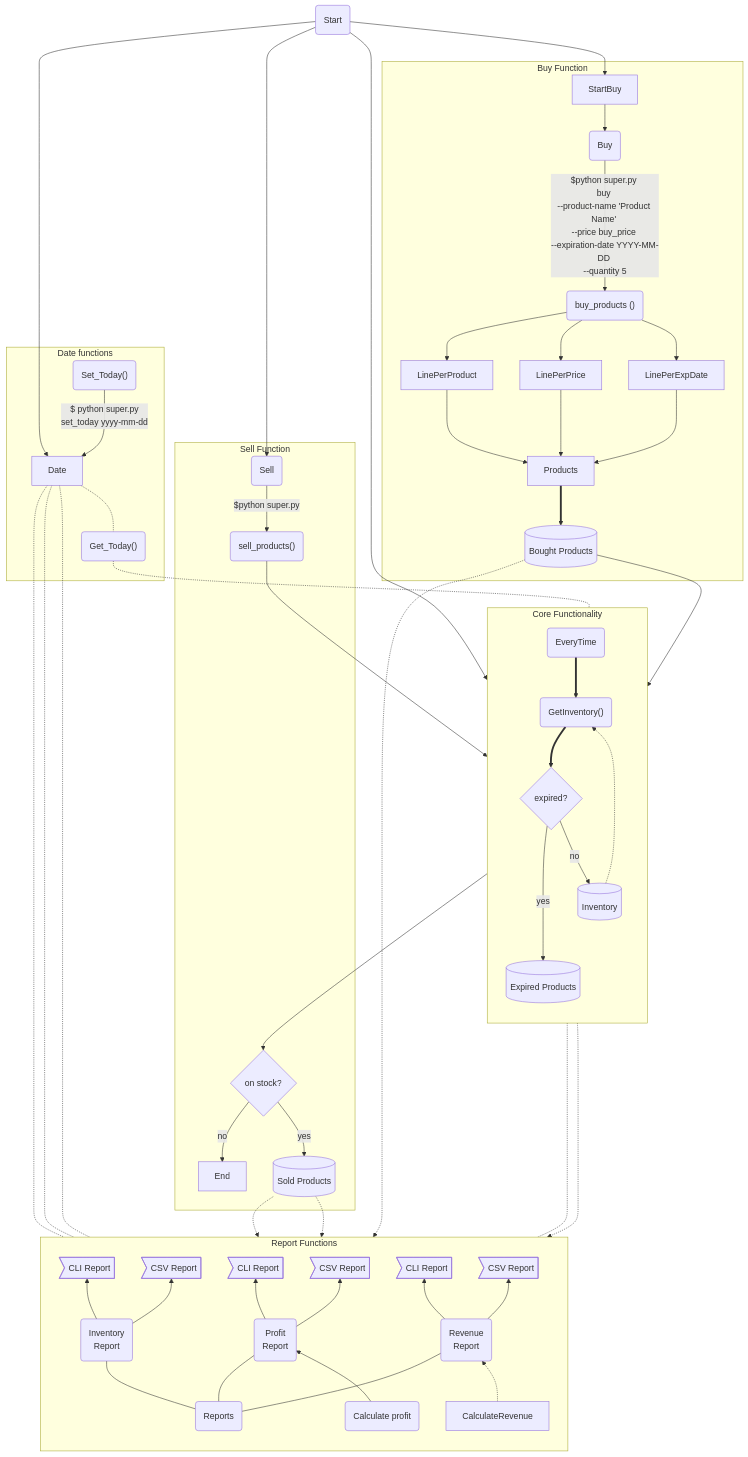
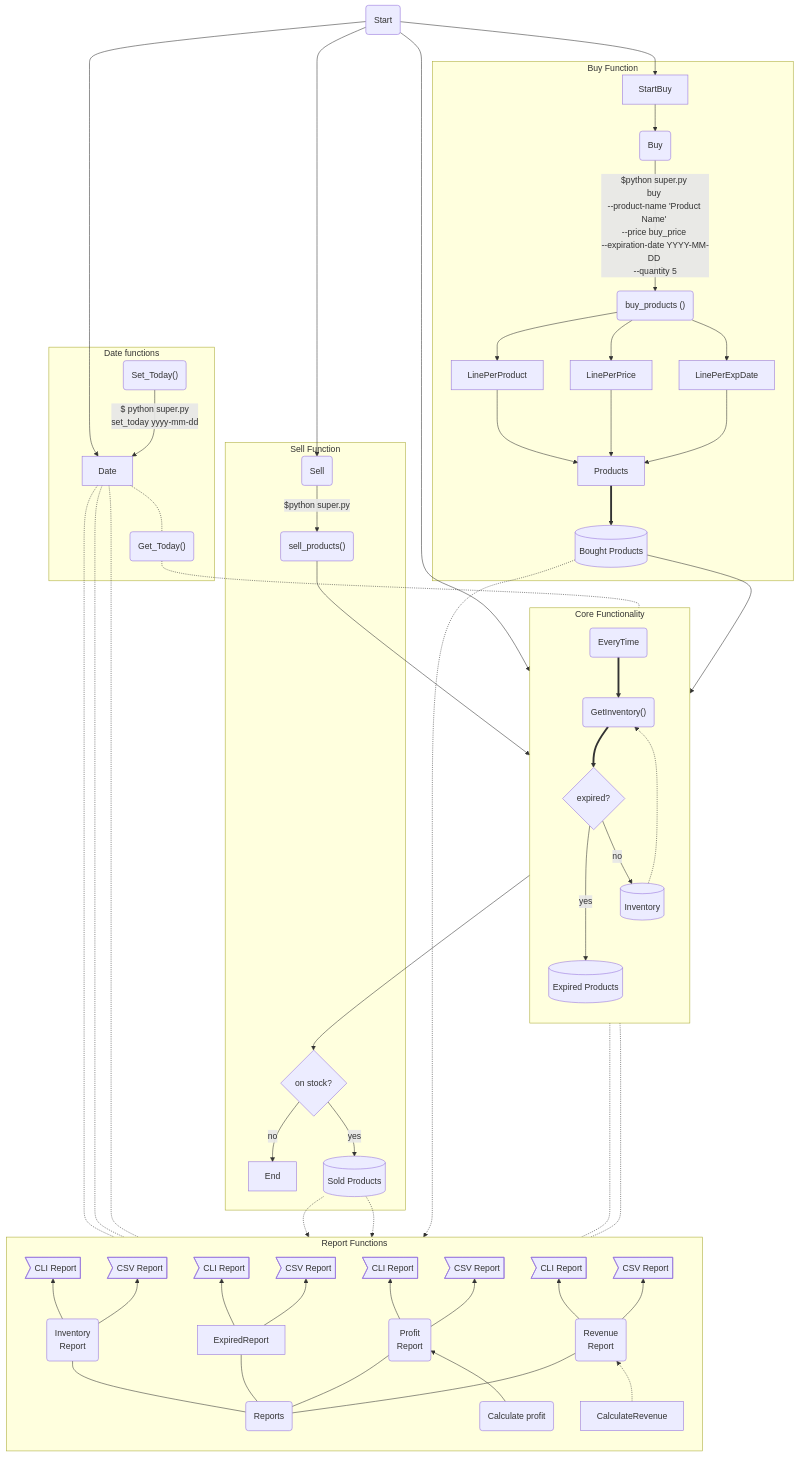
The diagram in documentation/logics.md (Wolk9/SuperPy), drawn with Mermaid before and after one commit. The commit also changed 18 other files, not shown here.

```diff
--- a/documentation/logics.md
+++ b/documentation/logics.md
@@ -83,6 +83,7 @@
         ProfitReport(Profit\nReport)
 
         Reports --- InventoryReport
+        Reports --- ExpiredReport
         Reports --- RevenueReport
         Reports --- ProfitReport
 
@@ -98,6 +99,14 @@
         Inventory_CLIReport>CLI Report]
         Inventory_CSVReport>CSV Report]
 
+        ExpiredProducts <-.- ExpiredReport
+
+        ExpiredReport --> Expired_CLIReport
+        ExpiredReport --> Expired_CSVReport
+
+        Expired_CLIReport>CLI Report]
+        Expired_CSVReport>CSV Report]
+
         Sold -.-> CalculateProfit
 
         CalculateProfit --> ProfitReport
@@ -112,7 +121,6 @@
 
         Sold -.-> CalculateRevenue
         BoughtProducts -.-> CalculateRevenue
-        ExpiredProducts -.-> CalculateRevenue
 
         CalculateRevenue -.-> RevenueReport
 
```
